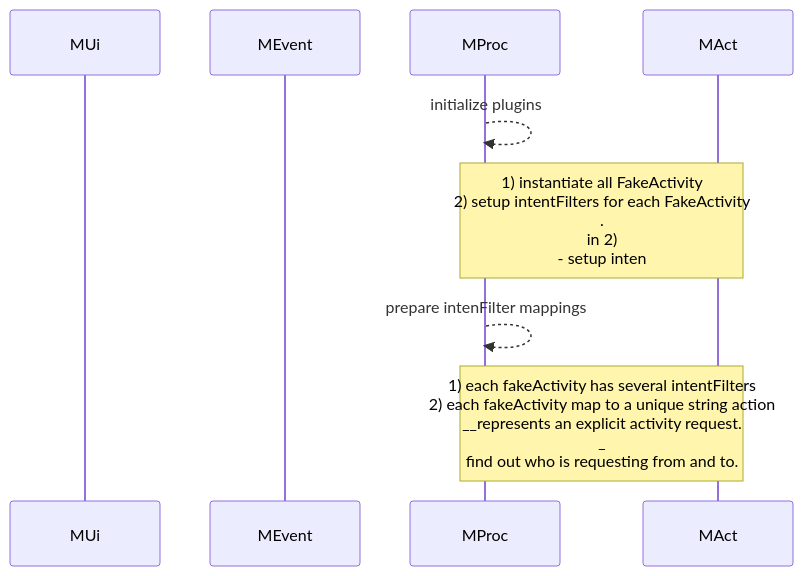
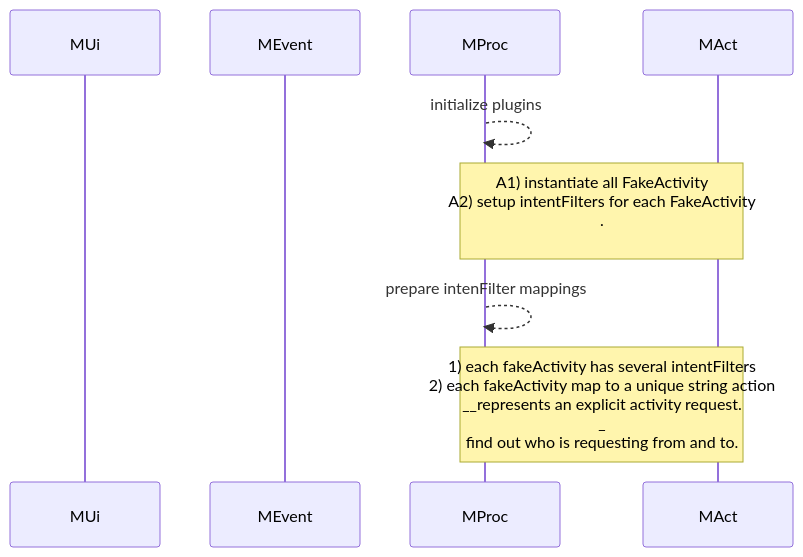
Before and after one commit to gordianknotC/nxp_note: the third of 5 diagrams in flutter/android_to_flutter.md, drawn with Mermaid. The commit also changed other lines of this file, not shown here.

````diff
--- a/flutter/android_to_flutter.md
+++ b/flutter/android_to_flutter.md
@@ -50,14 +50,14 @@
 ```mermaid
 sequenceDiagram
 participant MUi
 participant MEvent
 participant MProc
 participant MAct
 
 MProc-->>MProc: initialize plugins
-Note over MProc,MAct: 1) instantiate all FakeActivity<br>2) setup intentFilters for each FakeActivity<br>.<br>in 2)<br>- setup inten 
+Note over MProc,MAct: A1) instantiate all FakeActivity<br>A2) setup intentFilters for each FakeActivity<br>.<br>
 
 MProc-->>MProc: prepare intenFilter mappings
 Note over MProc, MAct: 1) each fakeActivity has several intentFilters<br>2) each fakeActivity map to a unique string action<br>__represents an explicit activity request.<br>_<br> find out who is requesting from and to.
 
 ```
````
